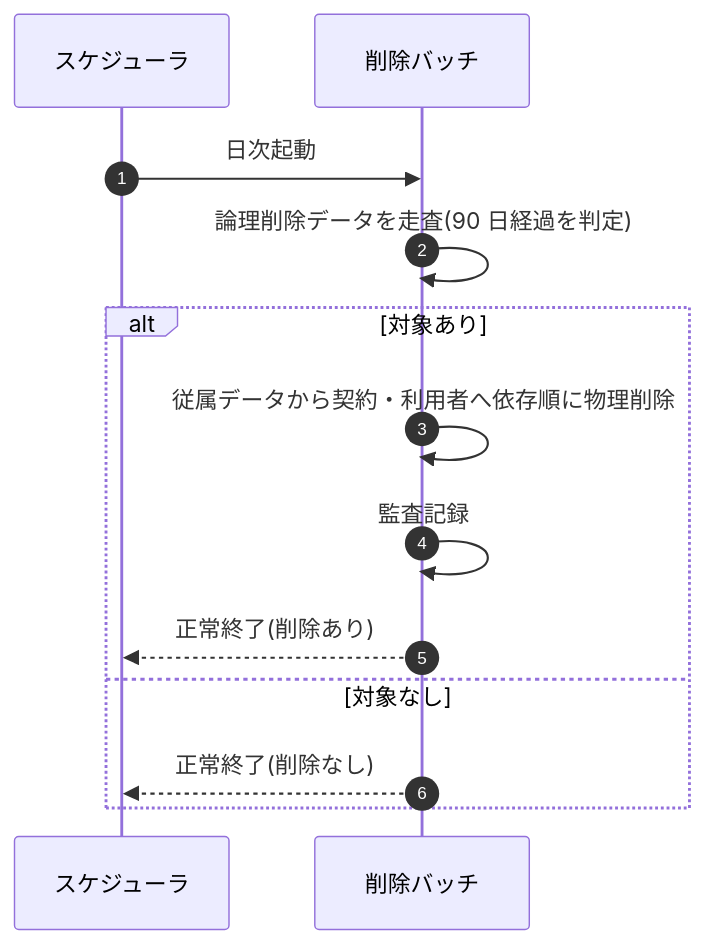
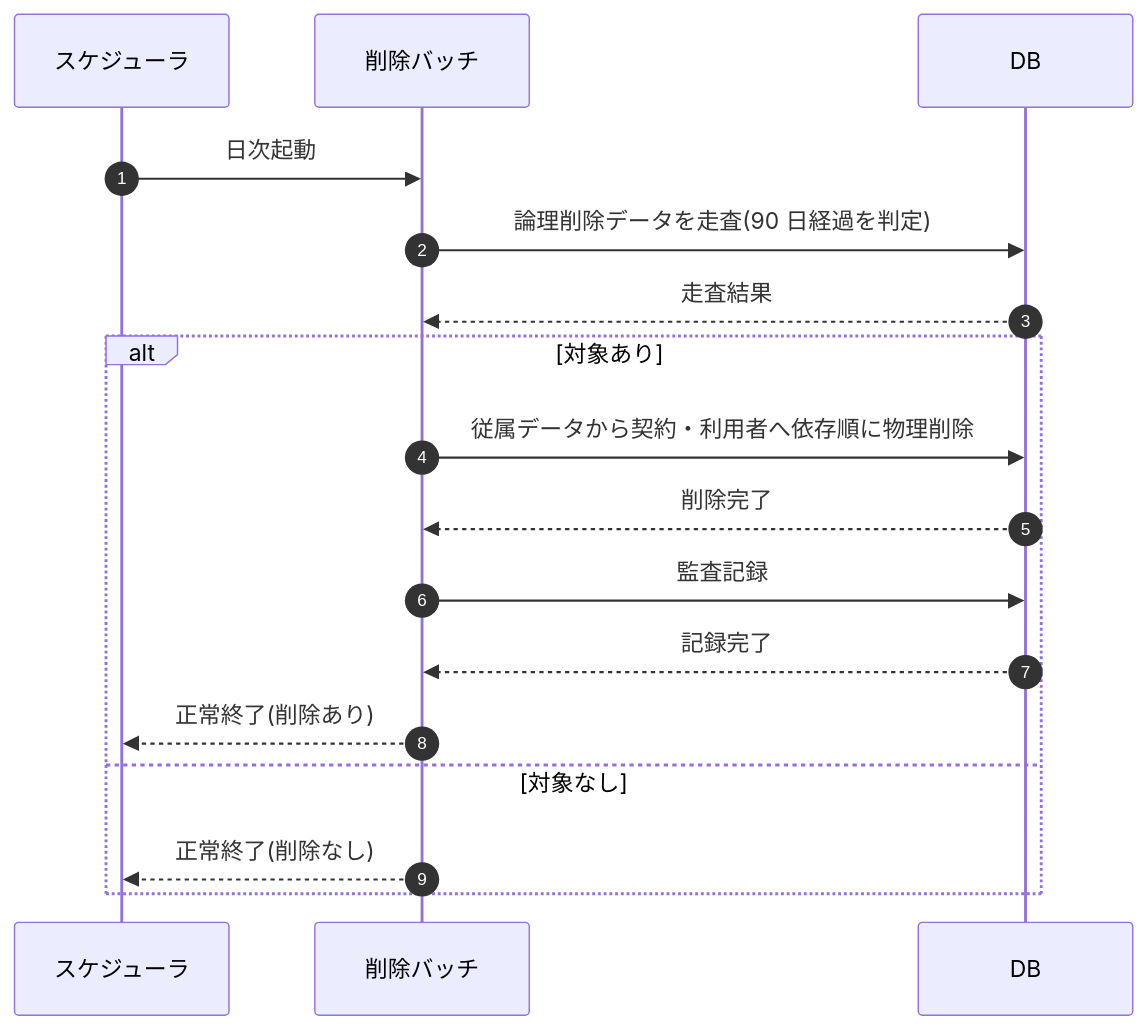
One commit to sikakou54/open-faq changed the diagram in 02_basic_design/03_sequences/SEQ-092.md. Above: the diagram before and after it, drawn with Mermaid. The commit also changed other lines of this file and 122 other files, not shown here.

First line of the commit message:
シーケンス図に DB アクターを追加(DB 操作をサーバー自己メッセージから分離)

````diff
--- a/02_basic_design/03_sequences/SEQ-092.md
+++ b/02_basic_design/03_sequences/SEQ-092.md
@@ -26,15 +26,19 @@
 ```mermaid
 sequenceDiagram
   autonumber
   participant SCH as スケジューラ
   participant B as 削除バッチ
+  participant DB as DB
   SCH->>B: 日次起動
-  B->>B: 論理削除データを走査(90 日経過を判定)
+  B->>DB: 論理削除データを走査(90 日経過を判定)
+  DB-->>B: 走査結果
   alt 対象あり
-    B->>B: 従属データから契約・利用者へ依存順に物理削除
-    B->>B: 監査記録
+    B->>DB: 従属データから契約・利用者へ依存順に物理削除
+    DB-->>B: 削除完了
+    B->>DB: 監査記録
+    DB-->>B: 記録完了
     B-->>SCH: 正常終了(削除あり)
   else 対象なし
     B-->>SCH: 正常終了(削除なし)
   end
 ```
````
